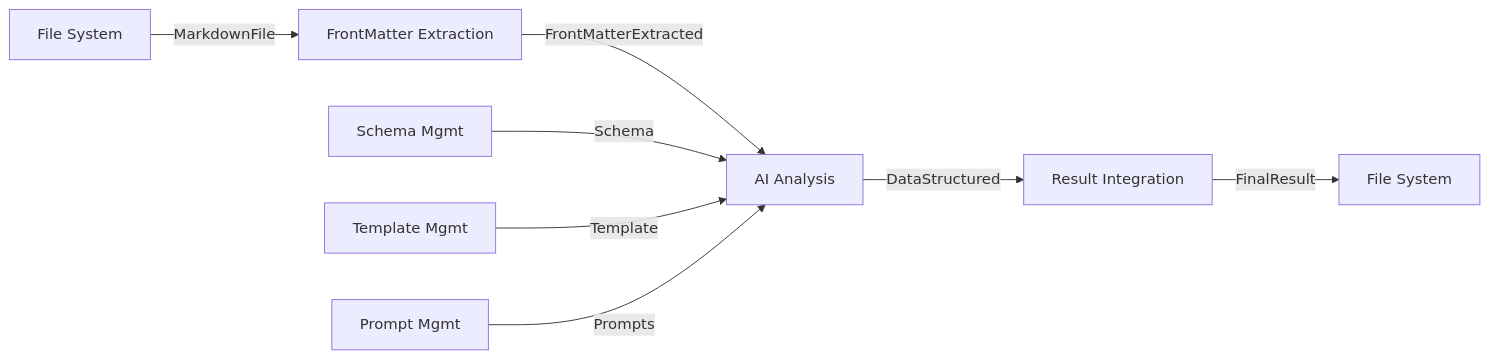
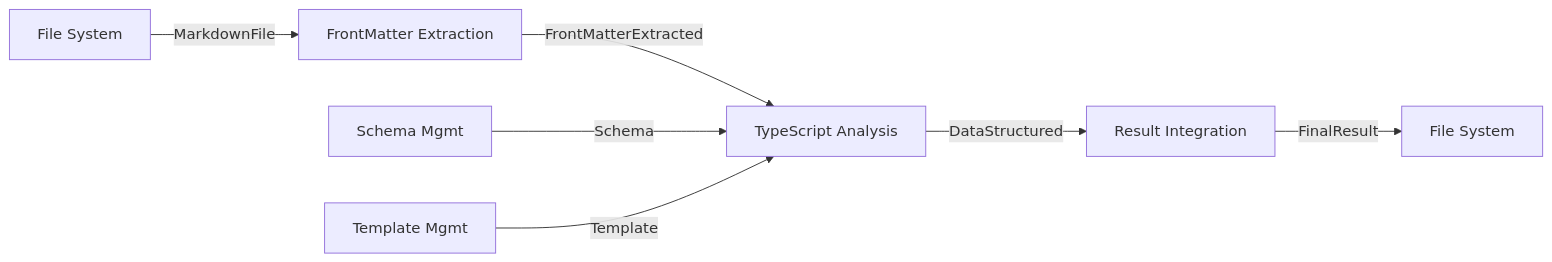
Before and after one commit to tettuan/frontmatter-to-schema: the diagram in docs/domain/domain-boundary.md, drawn with Mermaid. The commit also changed other lines of this file and 16 other files, not shown here.

````diff
--- a/docs/domain/domain-boundary.md
+++ b/docs/domain/domain-boundary.md
@@ -240,10 +223,9 @@
 ```mermaid
 graph LR
     A[File System] -->|MarkdownFile| B[FrontMatter Extraction]
-    B -->|FrontMatterExtracted| C[AI Analysis]
+    B -->|FrontMatterExtracted| C[TypeScript Analysis]
     D[Schema Mgmt] -->|Schema| C
     E[Template Mgmt] -->|Template| C
-    F[Prompt Mgmt] -->|Prompts| C
     C -->|DataStructured| G[Result Integration]
     G -->|FinalResult| H[File System]
 ```
````
